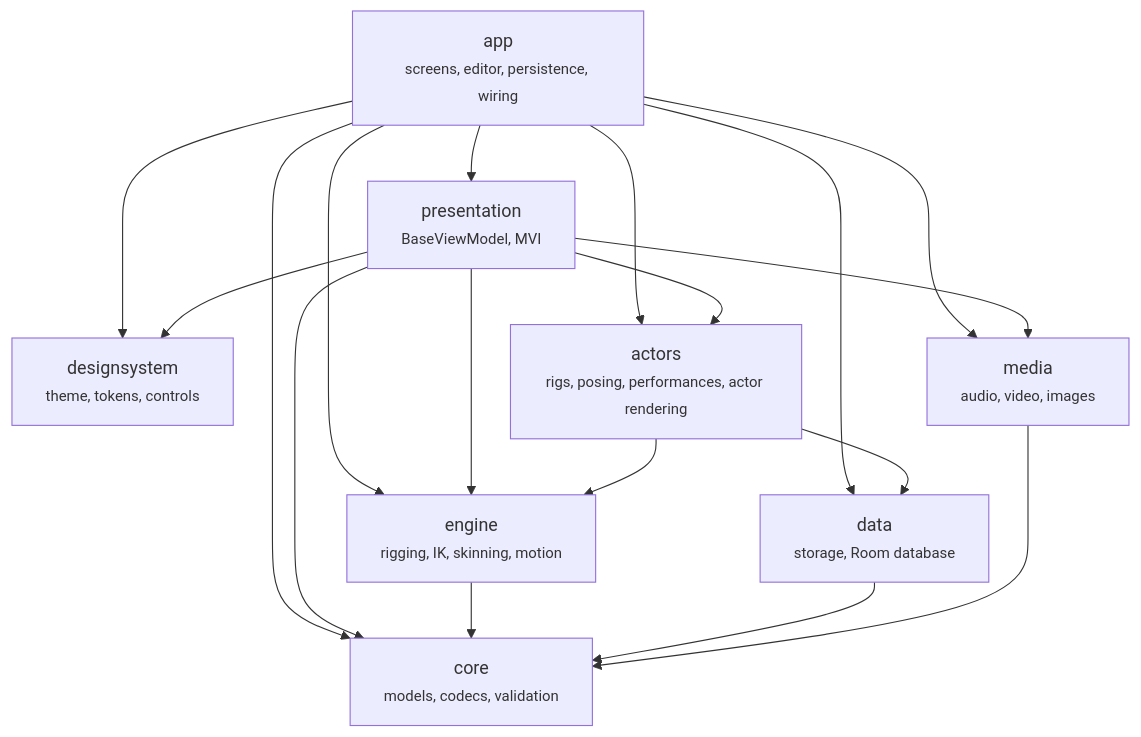
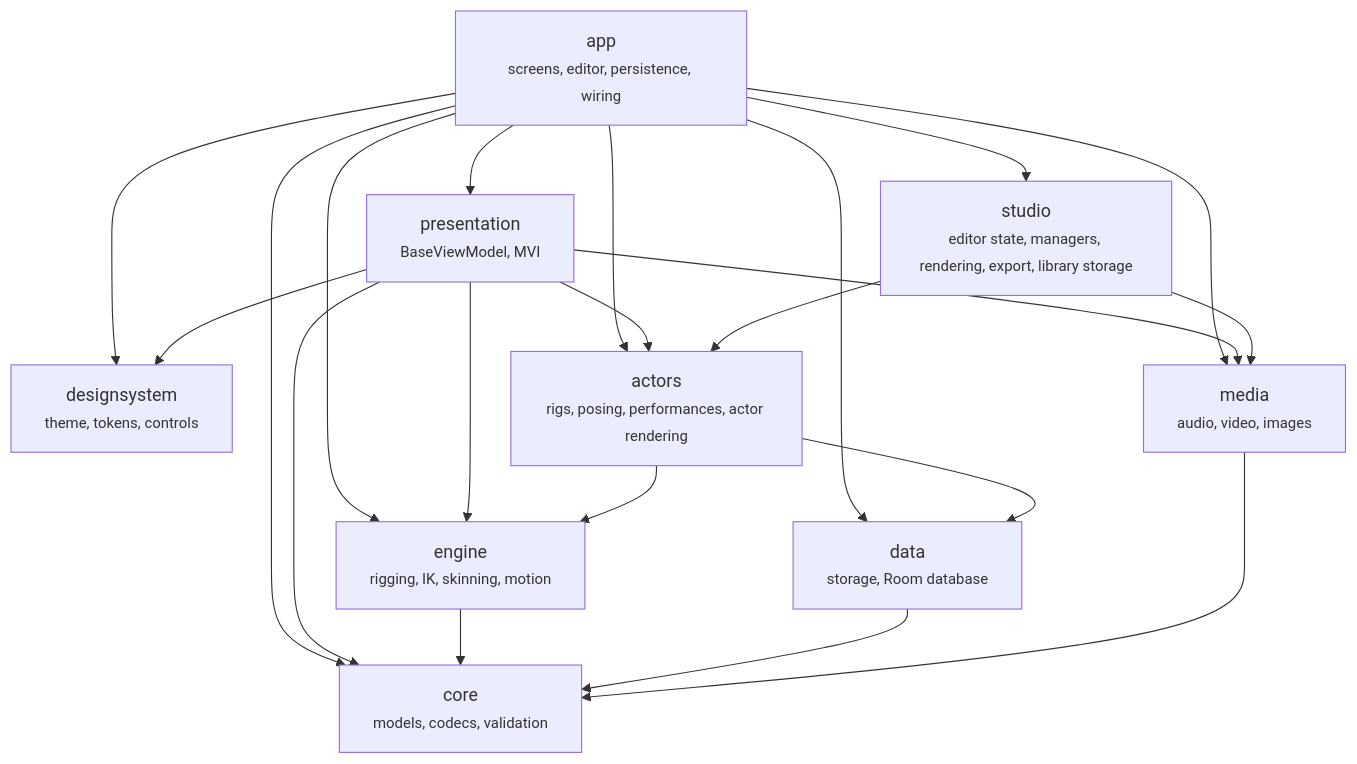
Before and after one commit to DonnC/kinetiframe: the first of 5 diagrams in docs/architecture/README.md, drawn with Mermaid. The commit also changed other lines of this file and 196 other files, not shown here.

````diff
--- a/docs/architecture/README.md
+++ b/docs/architecture/README.md
@@ -9,29 +9,33 @@
 ```mermaid
 flowchart TD
     app["app<br/><small>screens, editor, persistence, wiring</small>"]
     presentation["presentation<br/><small>BaseViewModel, MVI</small>"]
     designsystem["designsystem<br/><small>theme, tokens, controls</small>"]
     engine["engine<br/><small>rigging, IK, skinning, motion</small>"]
     data["data<br/><small>storage, Room database</small>"]
     media["media<br/><small>audio, video, images</small>"]
     actors["actors<br/><small>rigs, posing, performances, actor rendering</small>"]
+    studio["studio<br/><small>editor state, managers, rendering, export, library storage</small>"]
     core["core<br/><small>models, codecs, validation</small>"]
 
     app --> presentation
     app --> designsystem
     app --> engine
     app --> data
     app --> media
     app --> actors
+    app --> studio
     app --> core
     presentation --> media
     presentation --> actors
     presentation --> designsystem
     presentation --> engine
     presentation --> core
     engine --> core
     data --> core
     media --> core
     actors --> engine
     actors --> data
+    studio --> actors
+    studio --> media
 ```
````
